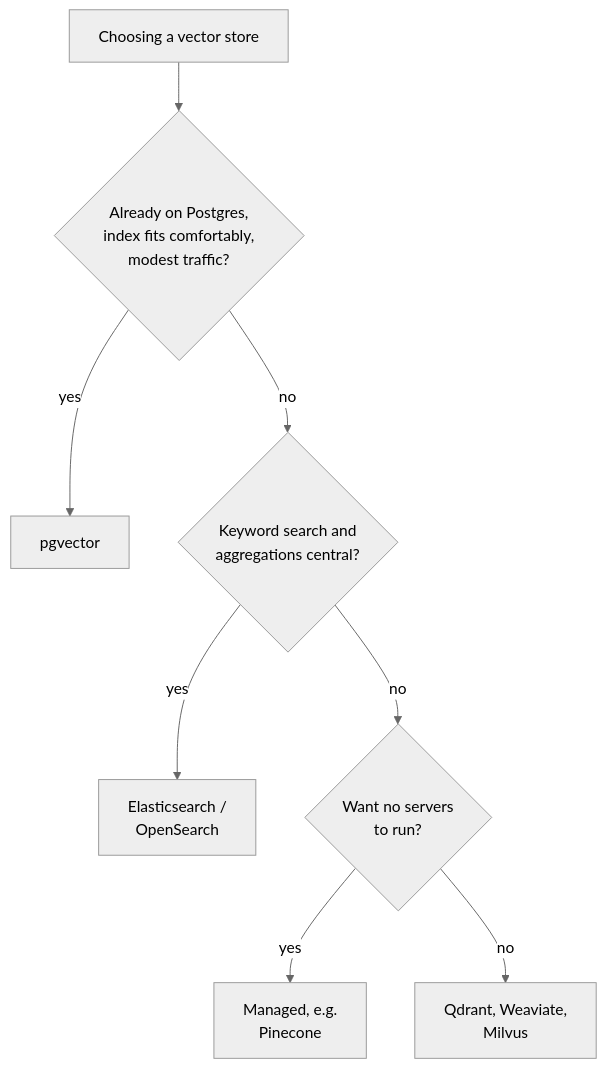
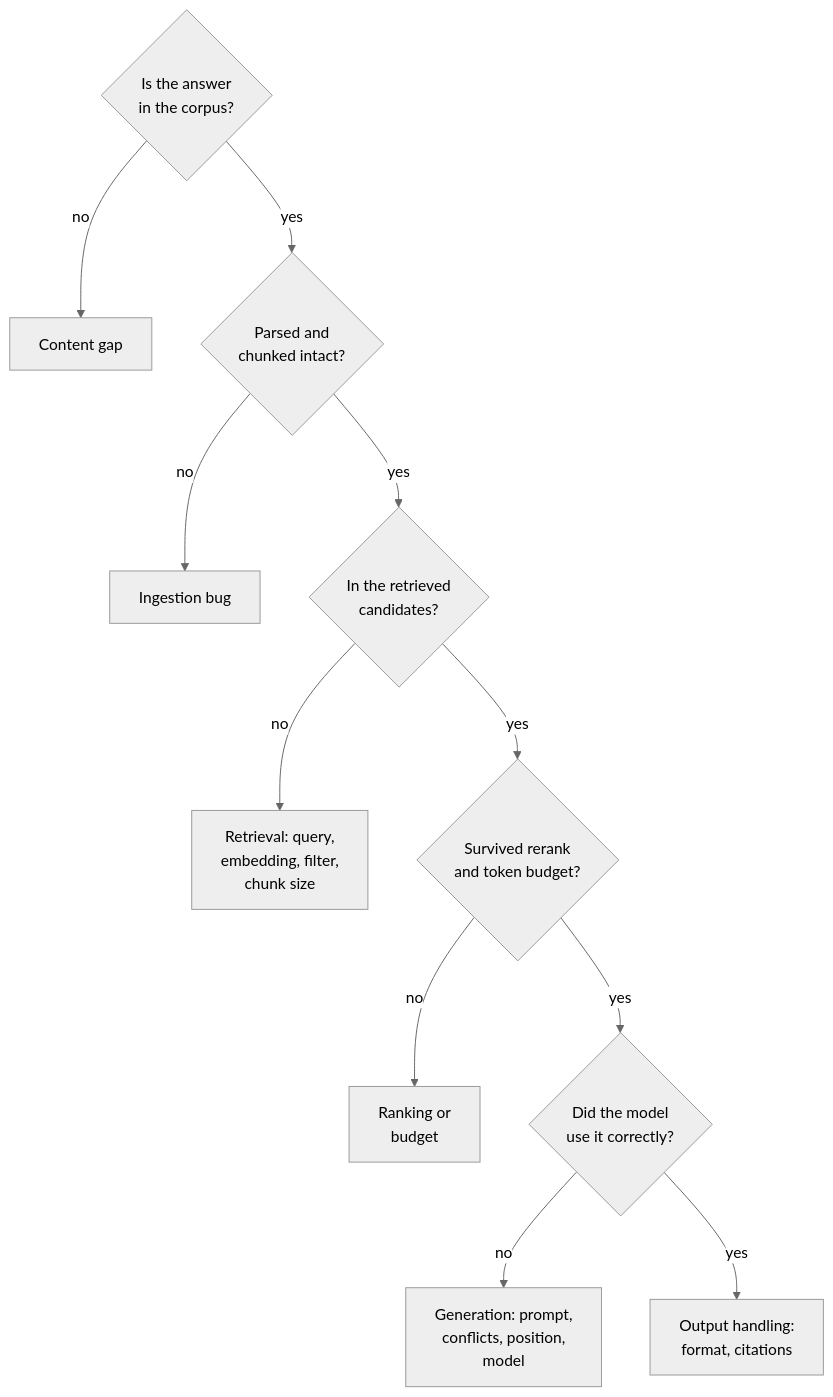
The seventh of 7 diagrams in src/Data/aiStackDocs/CH-03.md (shubamchaudhary/CodeNITW), drawn with Mermaid (neutral theme) before and after one commit. The commit also changed other lines of this file and 52 other files, not shown here.

````diff
--- a/src/Data/aiStackDocs/CH-03.md
+++ b/src/Data/aiStackDocs/CH-03.md
@@ -240,10 +209,13 @@
 ```mermaid
-flowchart TB
-    S["Choosing a vector store"] --> A{"Already on Postgres,<br/>index fits comfortably,<br/>modest traffic?"}
-    A -->|"yes"| PG["pgvector"]
-    A -->|"no"| B{"Keyword search and<br/>aggregations central?"}
-    B -->|"yes"| ES["Elasticsearch /<br/>OpenSearch"]
-    B -->|"no"| C{"Want no servers<br/>to run?"}
-    C -->|"yes"| MG["Managed, e.g.<br/>Pinecone"]
-    C -->|"no"| DV["Qdrant, Weaviate,<br/>Milvus"]
+flowchart TD
+    S1{"Is the answer<br/>in the corpus?"} -->|"no"| F1["Content gap"]
+    S1 -->|"yes"| S2{"Parsed and<br/>chunked intact?"}
+    S2 -->|"no"| F2["Ingestion bug"]
+    S2 -->|"yes"| S3{"In the retrieved<br/>candidates?"}
+    S3 -->|"no"| F3["Retrieval: query,<br/>embedding, filter,<br/>chunk size"]
+    S3 -->|"yes"| S4{"Survived rerank<br/>and token budget?"}
+    S4 -->|"no"| F4["Ranking or<br/>budget"]
+    S4 -->|"yes"| S5{"Did the model<br/>use it correctly?"}
+    S5 -->|"no"| F5["Generation: prompt,<br/>conflicts, position,<br/>model"]
+    S5 -->|"yes"| F6["Output handling:<br/>format, citations"]
 ```
````
